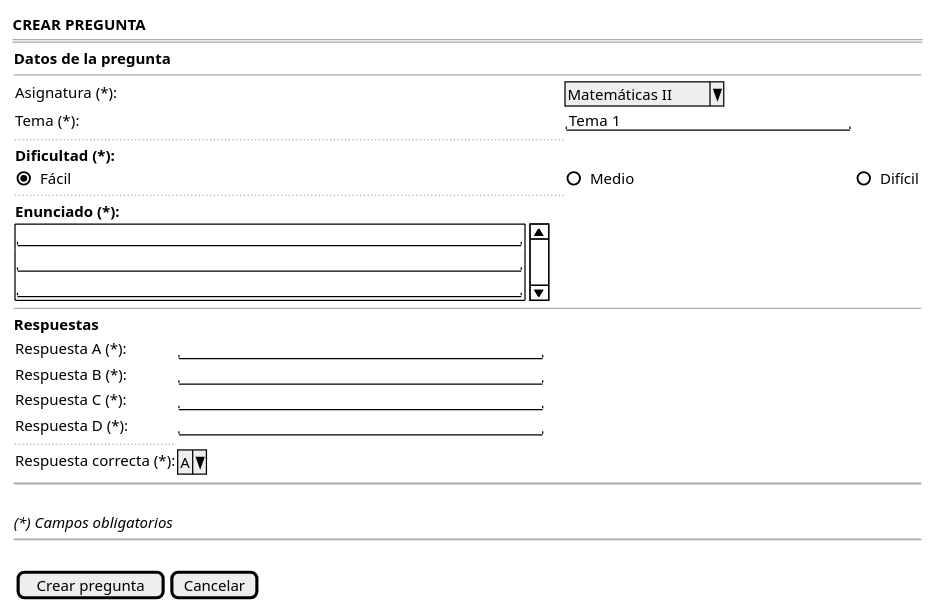
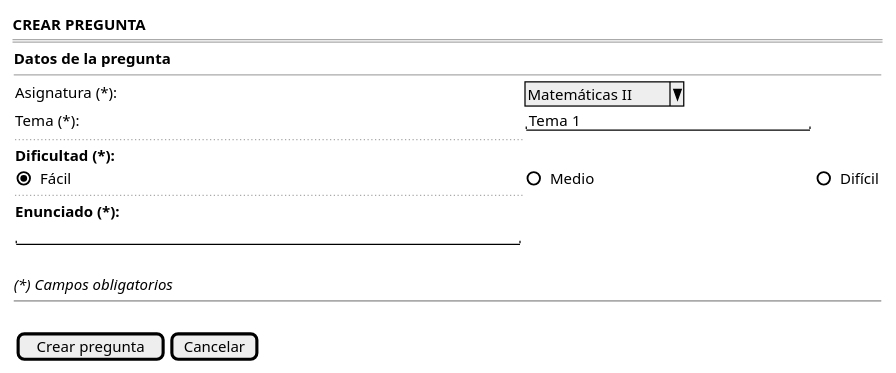
Before and after one commit to martinlopez7/25-26-IdSw1-SdR: the diagram in documents/casos-de-uso/prototipadoCasosDeUso/crearPregunta/crearPregunta.puml, drawn with PlantUML. The commit also changed 13 other files, not shown here.

```diff
--- a/documents/casos-de-uso/prototipadoCasosDeUso/crearPregunta/crearPregunta.puml
+++ b/documents/casos-de-uso/prototipadoCasosDeUso/crearPregunta/crearPregunta.puml
@@ -1,44 +1,27 @@
 @startsalt crearPregunta_FORMULARIO
 {
     <b>CREAR PREGUNTA</b>
     ===
     {
         <b>Datos de la pregunta</b>
         --
         {
             Asignatura (*): | ^Matemáticas II^
             Tema (*):       | "Tema 1                      "
             ..
             <b>Dificultad (*):</b>
             (X) Fácil | ( ) Medio | ( ) Difícil
             ..
             <b>Enunciado (*):</b>
-            {SI
                 "                                                  "
-                "                                                  "
-                "                                                  "
-            }
         }
         
-        --
-        
-        <b>Respuestas</b>
-        {
-            Respuesta A (*): | "                                    "
-            Respuesta B (*): | "                                    "
-            Respuesta C (*): | "                                    "
-            Respuesta D (*): | "                                    "
-            ..
-            Respuesta correcta (*): | ^A^
-        }
-        
-        ~~
         .
         <i>(*) Campos obligatorios</i>
         
         ~~
         .
         {[Crear pregunta] | [Cancelar]}
     }
 }
 @endsalt
```
